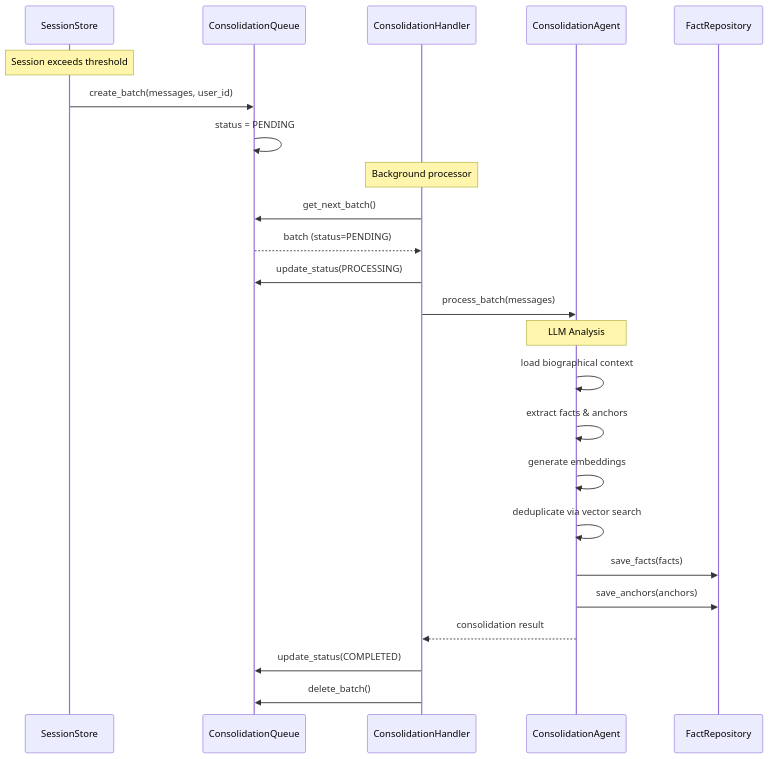
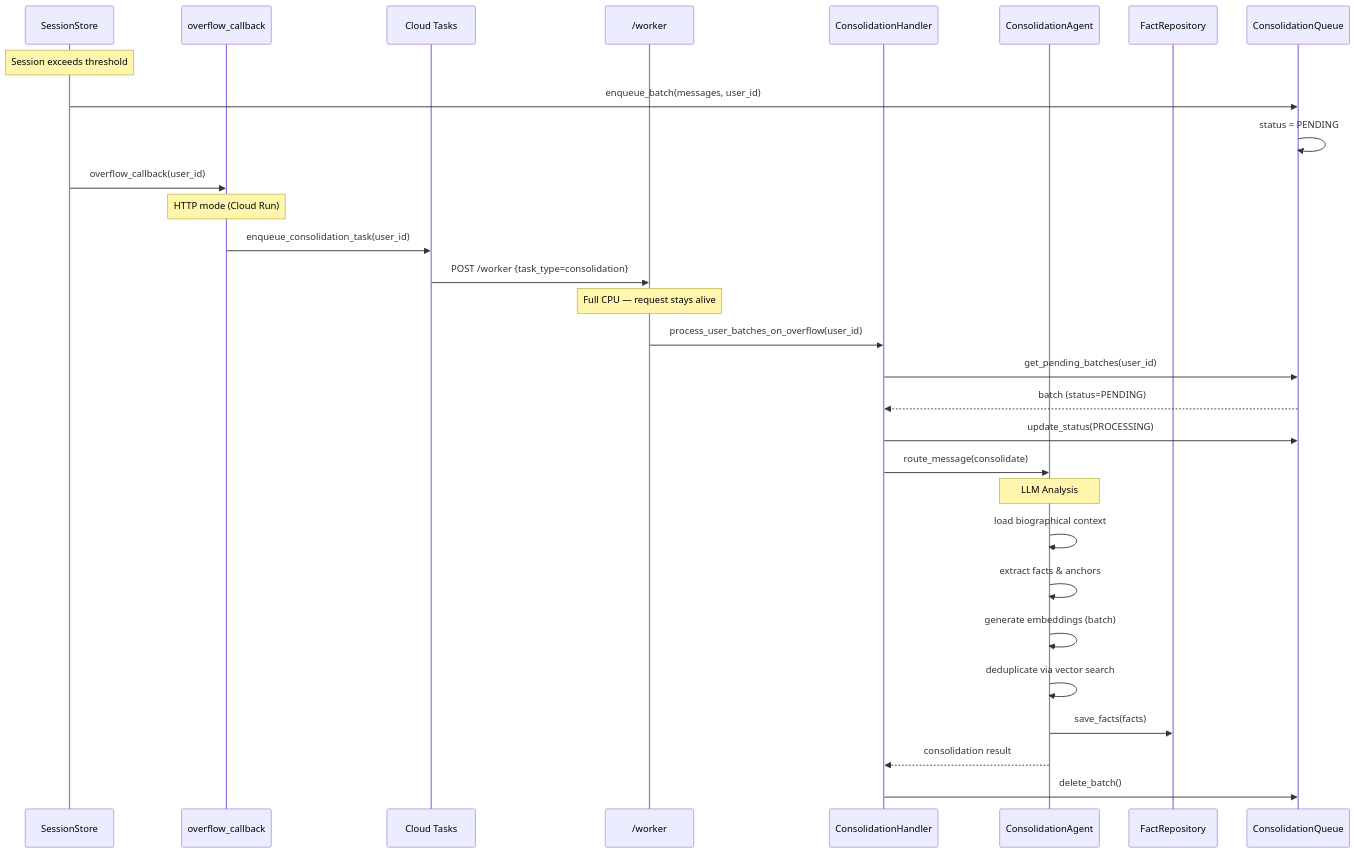
Before and after one commit to ddmd72/alekbot-core: the second of 2 diagrams in docs/06_runtime/README.md, drawn with Mermaid. The commit also changed other lines of this file and 12 other files, not shown here.

First line of the commit message:
fix: Cloud Run CPU throttling in consolidation + docs cleanup

````diff
--- a/docs/06_runtime/README.md
+++ b/docs/06_runtime/README.md
@@ -309,32 +309,39 @@
 ```mermaid
 sequenceDiagram
     participant SH as SessionStore
-    participant CQ as ConsolidationQueue
+    participant OC as overflow_callback
+    participant CT as Cloud Tasks
+    participant W as /worker
     participant CH as ConsolidationHandler
     participant CA as ConsolidationAgent
     participant FR as FactRepository
+    participant CQ as ConsolidationQueue
 
     Note over SH: Session exceeds threshold
-    SH->>CQ: create_batch(messages, user_id)
+    SH->>CQ: enqueue_batch(messages, user_id)
     CQ->>CQ: status = PENDING
+    SH->>OC: overflow_callback(user_id)
 
-    Note over CH: Background processor
-    CH->>CQ: get_next_batch()
+    Note over OC: HTTP mode (Cloud Run)
+    OC->>CT: enqueue_consolidation_task(user_id)
+    CT->>W: POST /worker {task_type=consolidation}
+
+    Note over W: Full CPU — request stays alive
+    W->>CH: process_user_batches_on_overflow(user_id)
+    CH->>CQ: get_pending_batches(user_id)
     CQ-->>CH: batch (status=PENDING)
 
     CH->>CQ: update_status(PROCESSING)
-    CH->>CA: process_batch(messages)
+    CH->>CA: route_message(consolidate)
 
     Note over CA: LLM Analysis
     CA->>CA: load biographical context
     CA->>CA: extract facts & anchors
-    CA->>CA: generate embeddings
+    CA->>CA: generate embeddings (batch)
     CA->>CA: deduplicate via vector search
 
     CA->>FR: save_facts(facts)
-    CA->>FR: save_anchors(anchors)
     CA-->>CH: consolidation result
 
-    CH->>CQ: update_status(COMPLETED)
     CH->>CQ: delete_batch()
 ```
````
